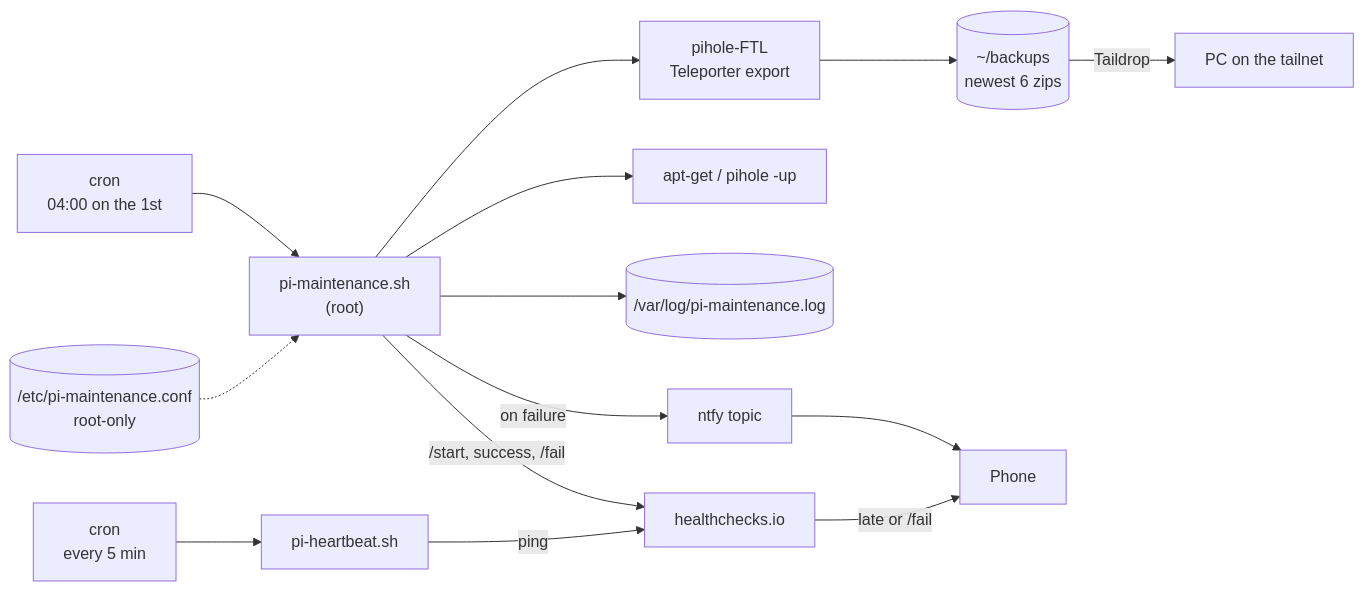
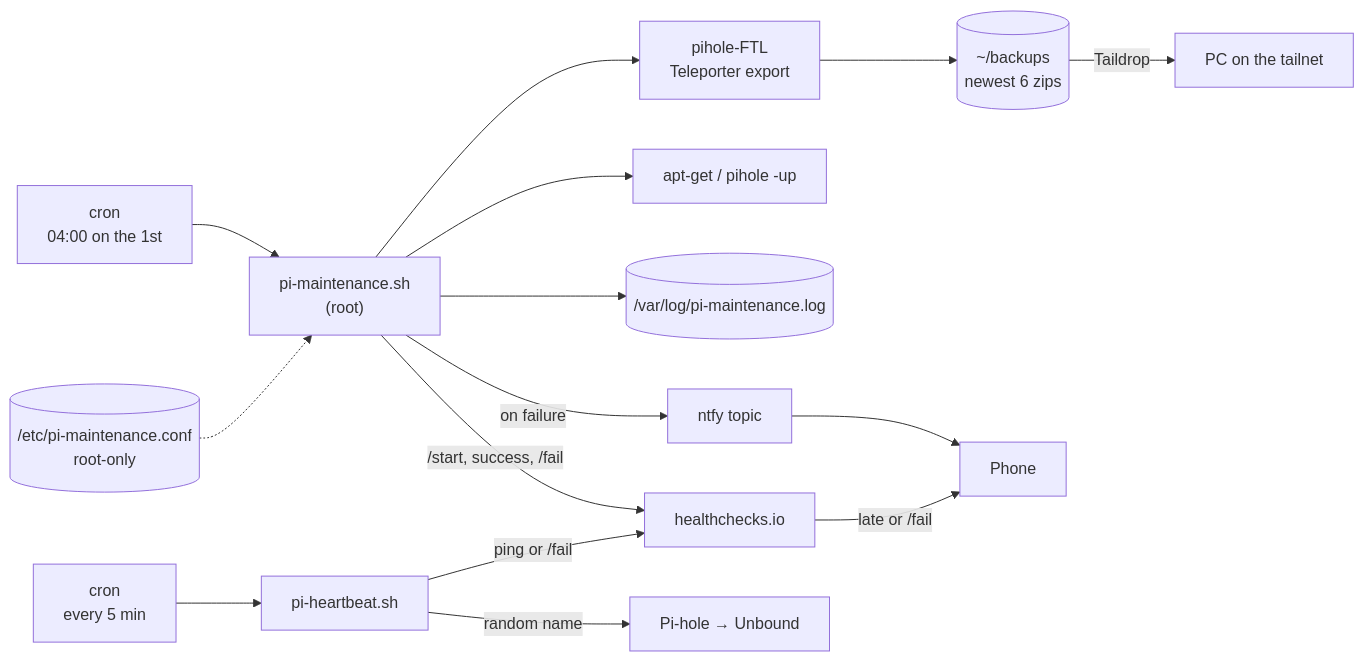
The diagram in README.md (mohamed-elrasheed/pi-maintenance), drawn with Mermaid before and after one commit. The commit also changed other lines of this file and 3 other files, not shown here.

First line of the commit message:
Heartbeat: check DNS through Pi-hole and Unbound before pinging

````diff
--- a/README.md
+++ b/README.md
@@ -37,14 +37,15 @@
 ```mermaid
 flowchart LR
     cron["cron<br/>04:00 on the 1st"] --> script["pi-maintenance.sh<br/>(root)"]
     conf[("/etc/pi-maintenance.conf<br/>root-only")] -.-> script
     script --> ftl["pihole-FTL<br/>Teleporter export"]
     ftl --> bk[("~/backups<br/>newest 6 zips")]
     bk -- Taildrop --> pc["PC on the tailnet"]
     script --> apt["apt-get / pihole -up"]
     script --> log[("/var/log/pi-maintenance.log")]
     script -- "on failure" --> ntfy["ntfy topic"] --> phone["Phone"]
     script -- "/start, success, /fail" --> hc["healthchecks.io"]
-    hbcron["cron<br/>every 5 min"] --> hb["pi-heartbeat.sh"] -- ping --> hc
+    hbcron["cron<br/>every 5 min"] --> hb["pi-heartbeat.sh"] -- "ping or /fail" --> hc
+    hb -- "random name" --> dns["Pi-hole → Unbound"]
     hc -- "late or /fail" --> phone
 ```
````
